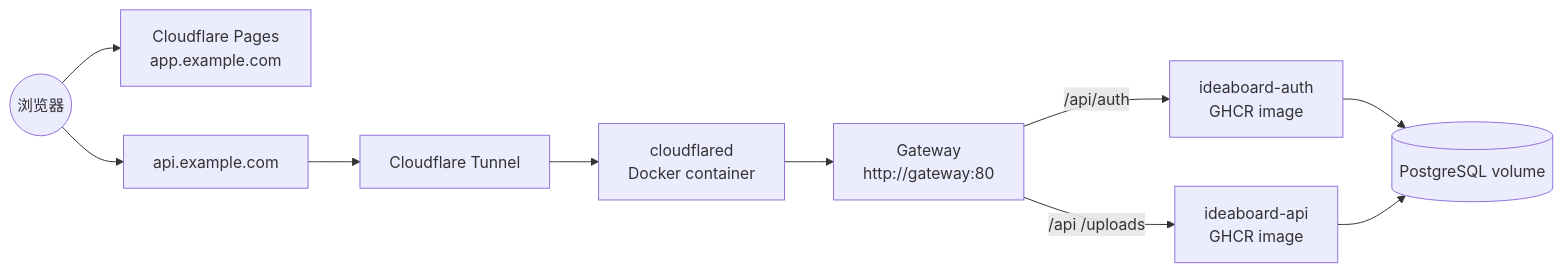
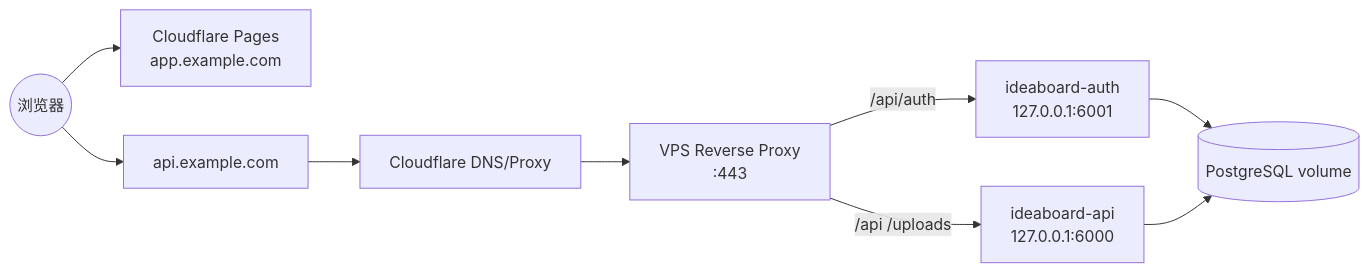
The first of 3 diagrams in DEPLOYMENT.md (Ericsunsk/IdeaBoard), drawn with Mermaid before and after one commit. The commit also changed other lines of this file and 8 other files, not shown here.

````diff
--- a/DEPLOYMENT.md
+++ b/DEPLOYMENT.md
@@ -39,12 +39,11 @@
 ```mermaid
 graph LR
     Browser((浏览器)) --> Pages["Cloudflare Pages<br>app.example.com"]
     Browser --> ApiDomain["api.example.com"]
-    ApiDomain --> Tunnel["Cloudflare Tunnel"]
-    Tunnel --> Cloudflared["cloudflared<br>Docker container"]
-    Cloudflared --> Gateway["Gateway<br>http://gateway:80"]
-    Gateway -- "/api/auth" --> Auth["ideaboard-auth<br>GHCR image"]
-    Gateway -- "/api /uploads" --> API["ideaboard-api<br>GHCR image"]
+    ApiDomain --> CFProxy["Cloudflare DNS/Proxy"]
+    CFProxy --> EdgeProxy["VPS Reverse Proxy<br>:443"]
+    EdgeProxy -- "/api/auth" --> Auth["ideaboard-auth<br>127.0.0.1:6001"]
+    EdgeProxy -- "/api /uploads" --> API["ideaboard-api<br>127.0.0.1:6000"]
     Auth --> Postgres[("PostgreSQL volume")]
     API --> Postgres
 ```
````
